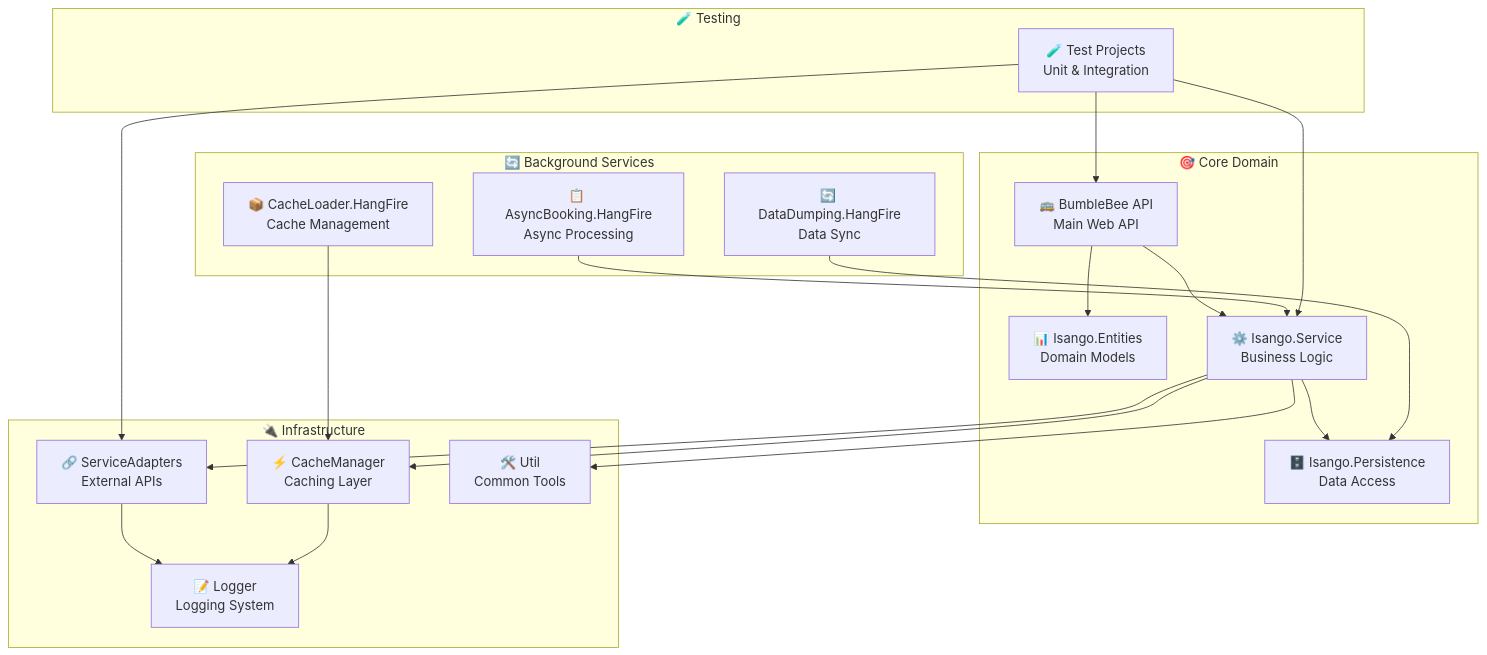
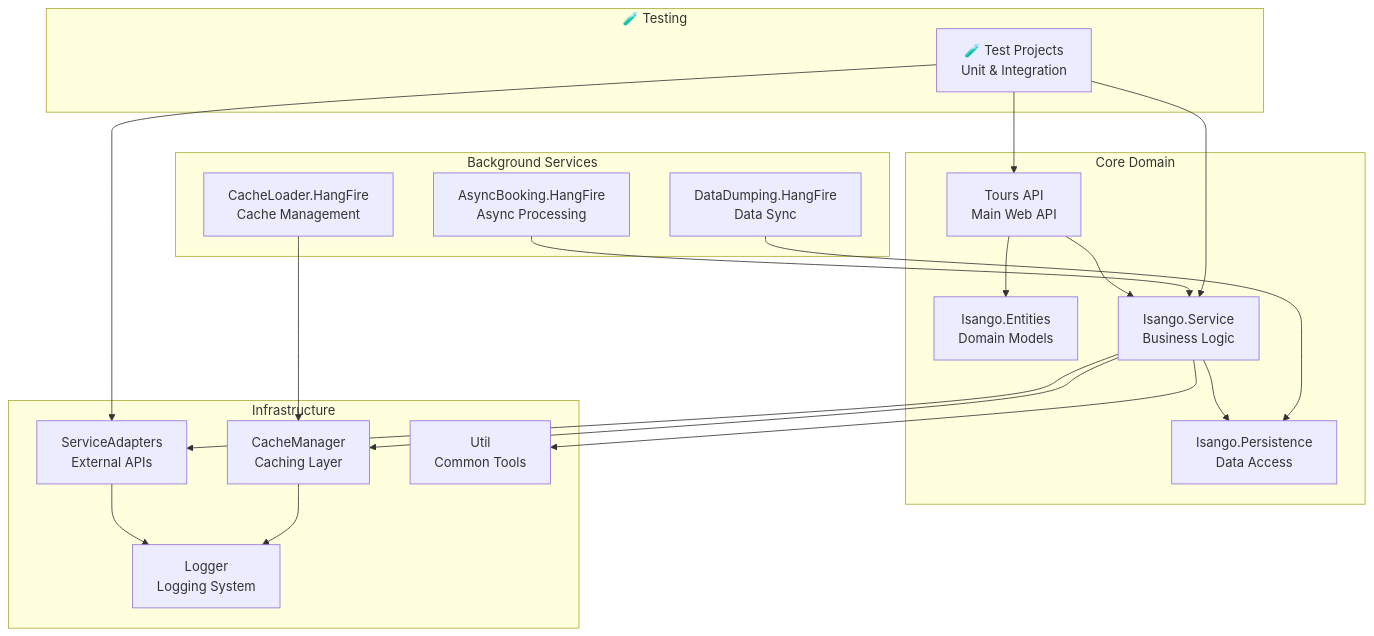
One commit to sandeepkumar0801/ToursAndActivities changed the second of 11 diagrams in README.md. Above: the diagram before and after it, drawn with Mermaid. The commit also changed other lines of this file and 3 other files, not shown here.

````diff
--- a/README.md
+++ b/README.md
@@ -191,44 +191,44 @@
 ```mermaid
 graph TD
-    subgraph "🎯 Core Domain"
-        API[🚌 BumbleBee API<br/>Main Web API]
-        ENTITIES[📊 Isango.Entities<br/>Domain Models]
-        SERVICE[⚙️ Isango.Service<br/>Business Logic]
-        PERSIST[🗄️ Isango.Persistence<br/>Data Access]
+    subgraph "Core Domain"
+        API[Tours API<br/>Main Web API]
+        ENTITIES[Isango.Entities<br/>Domain Models]
+        SERVICE[Isango.Service<br/>Business Logic]
+        PERSIST[Isango.Persistence<br/>Data Access]
     end
 
-    subgraph "🔌 Infrastructure"
-        ADAPTERS[🔗 ServiceAdapters<br/>External APIs]
-        CACHE[⚡ CacheManager<br/>Caching Layer]
-        LOGGER[📝 Logger<br/>Logging System]
-        UTIL[🛠️ Util<br/>Common Tools]
+    subgraph "Infrastructure"
+        ADAPTERS[ServiceAdapters<br/>External APIs]
+        CACHE[CacheManager<br/>Caching Layer]
+        LOGGER[Logger<br/>Logging System]
+        UTIL[Util<br/>Common Tools]
     end
 
-    subgraph "🔄 Background Services"
-        ASYNC[📋 AsyncBooking.HangFire<br/>Async Processing]
-        LOADER[📦 CacheLoader.HangFire<br/>Cache Management]
-        DUMP[🔄 DataDumping.HangFire<br/>Data Sync]
+    subgraph "Background Services"
+        ASYNC[AsyncBooking.HangFire<br/>Async Processing]
+        LOADER[CacheLoader.HangFire<br/>Cache Management]
+        DUMP[DataDumping.HangFire<br/>Data Sync]
     end
 
     subgraph "🧪 Testing"
         TESTS[🧪 Test Projects<br/>Unit & Integration]
     end
 
     API --> SERVICE
     API --> ENTITIES
     SERVICE --> PERSIST
     SERVICE --> ADAPTERS
     SERVICE --> CACHE
 
     ADAPTERS --> LOGGER
     CACHE --> LOGGER
     SERVICE --> UTIL
 
     ASYNC --> SERVICE
     LOADER --> CACHE
     DUMP --> PERSIST
 
     TESTS --> API
     TESTS --> SERVICE
     TESTS --> ADAPTERS
 ```
````
